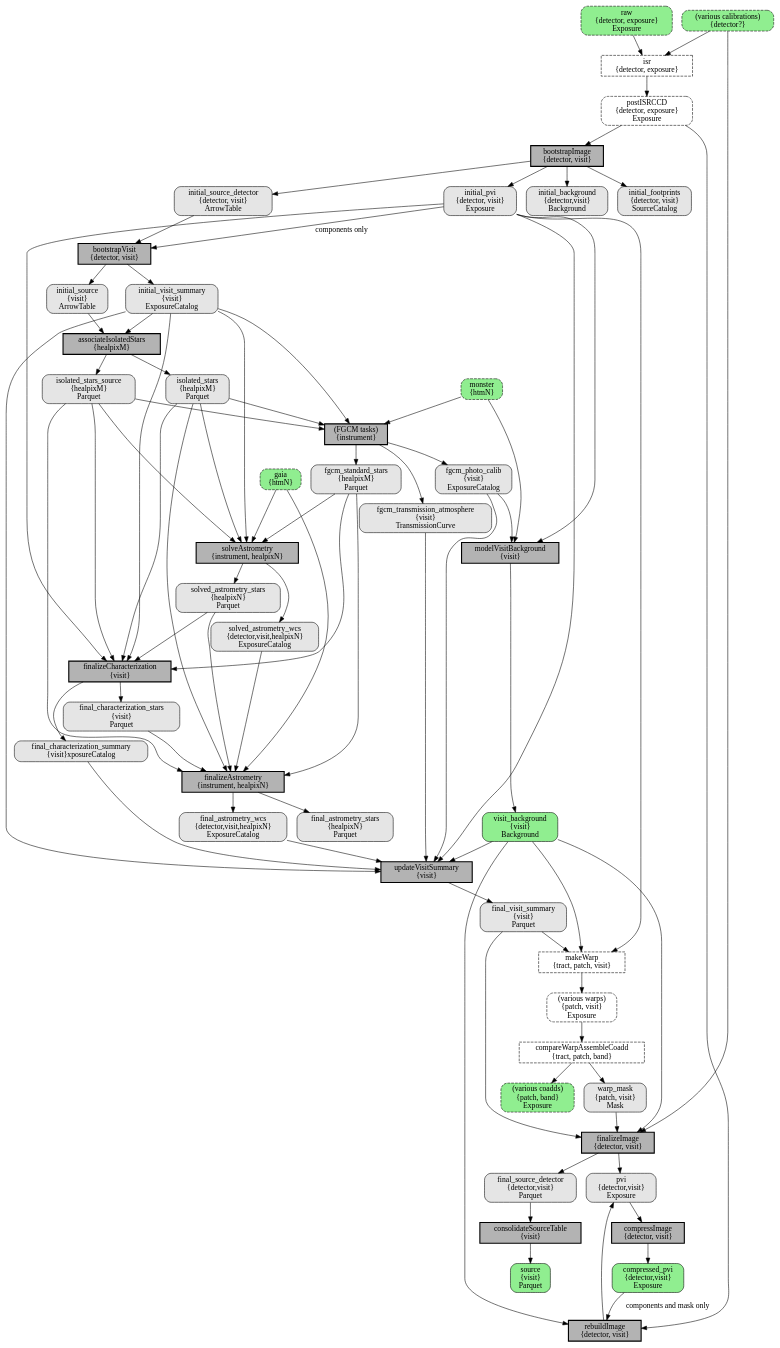
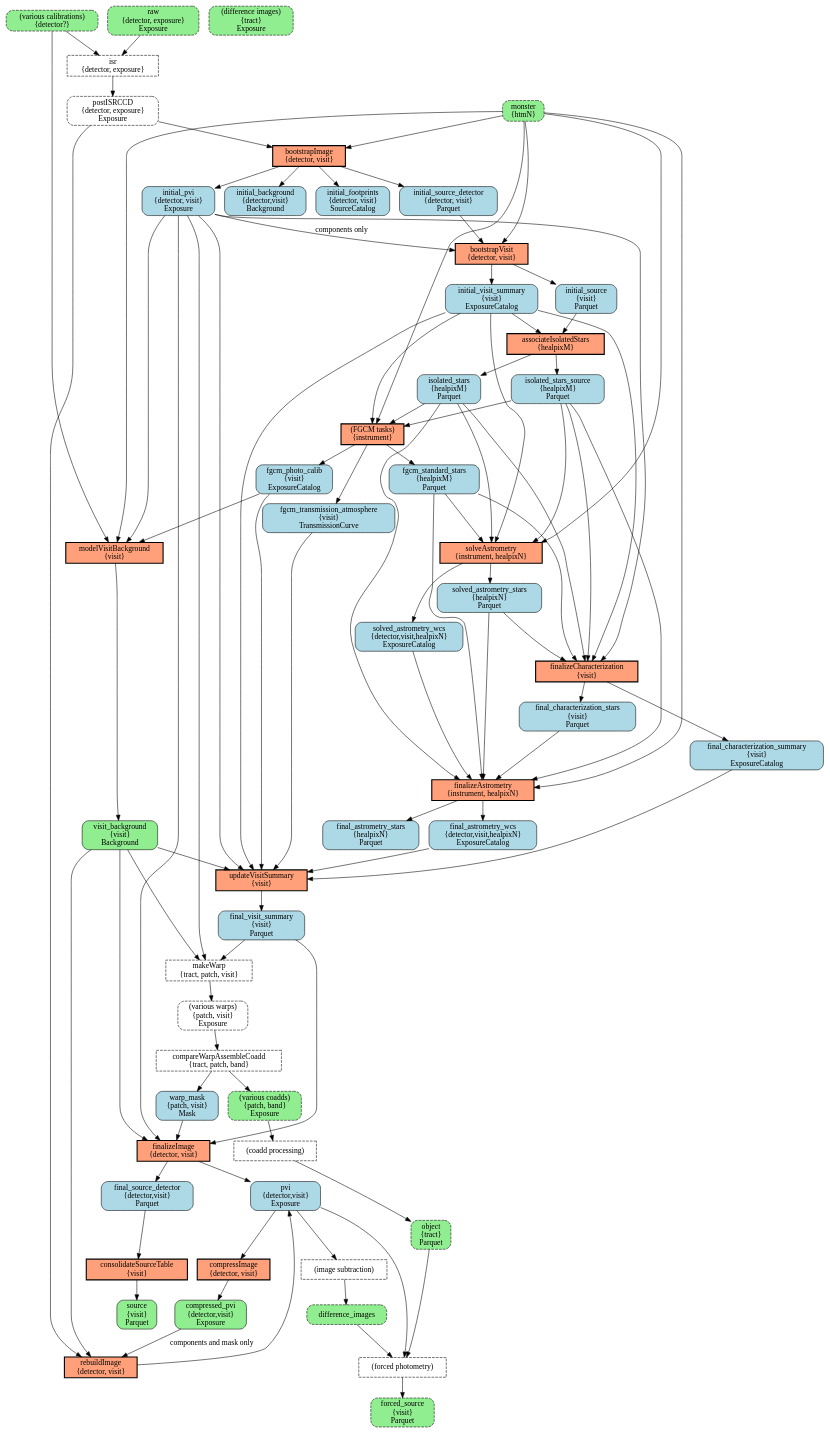
Before and after one commit to lsst-dm/dmtn-172: the diagram in great-calibration-refactor.dot, drawn with Graphviz. The commit also changed 1 other file, not shown here.

```diff
--- a/great-calibration-refactor.dot
+++ b/great-calibration-refactor.dot
@@ -1,140 +1,156 @@
 digraph the_original {
     # TODO: merge finalizeCharacterization and updateVisitSummary?
     # PipelineTasks
     node [shape=box,style="dashed"];
     isr [label="isr\n{detector, exposure}"];
     makeWarp [label="makeWarp\n{tract, patch, visit}"];
     compareWarpAssembleCoadd [label="compareWarpAssembleCoadd\n{tract, patch, band}"];
-    node [shape=box,style="filled,bold",fillcolor="gray70"];
+    processCoadds [label="(coadd processing)"];
+    subtractImages [label="(image subtraction)"];
+    forcedPhot [label="(forced photometry)"];
+    node [shape=box,style="filled,bold",fillcolor="lightsalmon"];
     bootstrapImage [label="bootstrapImage\n{detector, visit}"];
     bootstrapVisit [label="bootstrapVisit\n{detector, visit}"];
     associateIsolatedStars [label="associateIsolatedStars\n{healpixM}"];
     solveAstrometry [label="solveAstrometry\n{instrument, healpixN}"];
     fgcm [label="(FGCM tasks)\n{instrument}"];
     modelVisitBackground [label="modelVisitBackground\n{visit}"];
     finalizeCharacterization [label="finalizeCharacterization\n{visit}"];
     finalizeAstrometry [label="finalizeAstrometry\n{instrument, healpixN}"];
     updateVisitSummary [label="updateVisitSummary\n{visit}"];
     finalizeImage [label="finalizeImage\n{detector, visit}"];
     rebuildImage [label="rebuildImage\n{detector, visit}"];
     consolidateSourceTable [label="consolidateSourceTable\n{visit}"];
     compressImage [label="compressImage\n{detector, visit}"];
     # DatasetTypes
-    node [style="rounded,dashed", fillcolor="gray20"];
+    node [style="rounded,dashed", fillcolor="grey20"];
     postISRCCD [label="postISRCCD\n{detector, exposure}\nExposure"];
     warps [label="(various warps)\n{patch, visit}\nExposure"];
-    node [style="rounded,filled", fillcolor="gray90"];
+    node [style="rounded,filled", fillcolor="lightblue"];
     initial_pvi [label="initial_pvi\n{detector, visit}\nExposure"];
     initial_background [label="initial_background\n{detector,visit}\nBackground"];
-    initial_source_detector [label="initial_source_detector\n{detector, visit}\nArrowTable"];
+    initial_source_detector [label="initial_source_detector\n{detector, visit}\nParquet"];
     initial_footprints [label="initial_footprints\n{detector, visit}\nSourceCatalog"];
     initial_visit_summary [label="initial_visit_summary\n{visit}\nExposureCatalog"];
-    initial_source [label="initial_source\n{visit}\nArrowTable"];
+    initial_source [label="initial_source\n{visit}\nParquet"];
     isolated_stars_source [label="isolated_stars_source\n{healpixM}\nParquet"];
     isolated_stars [label="isolated_stars\n{healpixM}\nParquet"];
     fgcm_photo_calib [label="fgcm_photo_calib\n{visit}\nExposureCatalog"];
     fgcm_transmission_atmosphere [label="fgcm_transmission_atmosphere\n{visit}\nTransmissionCurve"];
     fgcm_standard_stars [label="fgcm_standard_stars\n{healpixM}\nParquet"];
     solved_astrometry_wcs [label="solved_astrometry_wcs\n{detector,visit,healpixN}\nExposureCatalog"];
     solved_astrometry_stars [label="solved_astrometry_stars\n{healpixN}\nParquet"];
-    final_characterization_summary [label="final_characterization_summary\n{visit}\ExposureCatalog"];
+    final_characterization_summary [label="final_characterization_summary\n{visit}\nExposureCatalog"];
     final_characterization_stars [label="final_characterization_stars\n{visit}\nParquet"];
     final_astrometry_wcs [label="final_astrometry_wcs\n{detector,visit,healpixN}\nExposureCatalog"];
     final_astrometry_stars [label="final_astrometry_stars\n{healpixN}\nParquet"];
     final_visit_summary [label="final_visit_summary\n{visit}\nParquet"];
     warp_mask [label="warp_mask\n{patch, visit}\nMask"];
     pvi [label="pvi\n{detector,visit}\nExposure"];
     final_source_detector [label="final_source_detector\n{detector,visit}\nParquet"];
     node [style="rounded,filled", fillcolor="lightgreen"];
     visit_background [label="visit_background\n{visit}\nBackground"];
     source [label="source\n{visit}\nParquet"];
     compressed_pvi [label="compressed_pvi\n{detector,visit}\nExposure"];
     pvi [label="pvi\n{detector,visit}\nExposure"];
     node [style="rounded,dashed,filled", fillcolor="lightgreen"];
     raw [label="raw\n{detector, exposure}\nExposure"];
     calibs [label="(various calibrations)\n{detector?}"];
     coadds [label="(various coadds)\n{patch, band}\nExposure"];
-    gaia [label="gaia\n{htmN}"];
     monster [label="monster\n{htmN}"];
+    object [label="object\n{tract}\nParquet"];
+    difference_image [label="(difference images)\n{tract}\nExposure"];
+    forced_source [label="forced_source\n{visit}\nParquet"];
     # Connections.
     calibs -> isr;
     raw -> isr;
     isr -> postISRCCD;
     postISRCCD -> bootstrapImage;
+    monster -> bootstrapImage;
     bootstrapImage -> initial_pvi;
     bootstrapImage -> initial_background;
     bootstrapImage -> initial_source_detector;
     bootstrapImage -> initial_footprints;
     initial_pvi -> bootstrapVisit [label="components only"];
     initial_source_detector -> bootstrapVisit;
+    monster -> bootstrapVisit;
     bootstrapVisit -> initial_visit_summary;
     bootstrapVisit -> initial_source;
     initial_source -> associateIsolatedStars;
     initial_visit_summary -> associateIsolatedStars;
     associateIsolatedStars -> isolated_stars_source;
     associateIsolatedStars -> isolated_stars;
     initial_visit_summary -> fgcm;
     isolated_stars -> fgcm;
     isolated_stars_source -> fgcm;
     monster -> fgcm;
     fgcm -> fgcm_photo_calib;
     fgcm -> fgcm_transmission_atmosphere;
     fgcm -> fgcm_standard_stars;
     initial_visit_summary -> solveAstrometry;
     isolated_stars -> solveAstrometry;
     isolated_stars_source -> solveAstrometry;
-    gaia -> solveAstrometry;
+    monster -> solveAstrometry;
     fgcm_standard_stars -> solveAstrometry;
     solveAstrometry -> solved_astrometry_stars;
     solveAstrometry -> solved_astrometry_wcs;
     initial_pvi -> modelVisitBackground;
     fgcm_photo_calib -> modelVisitBackground;
     monster -> modelVisitBackground;
+    calibs -> modelVisitBackground;
     modelVisitBackground -> visit_background;
     initial_pvi -> finalizeCharacterization;
     initial_visit_summary -> finalizeCharacterization;
     isolated_stars -> finalizeCharacterization;
     isolated_stars_source -> finalizeCharacterization;
     fgcm_standard_stars -> finalizeCharacterization;
     solved_astrometry_stars -> finalizeCharacterization;
     finalizeCharacterization -> final_characterization_summary;
     finalizeCharacterization -> final_characterization_stars;
     solved_astrometry_stars -> finalizeAstrometry;
     solved_astrometry_wcs -> finalizeAstrometry;
     final_characterization_stars -> finalizeAstrometry;
     isolated_stars -> finalizeAstrometry;
     isolated_stars_source -> finalizeAstrometry;
-    gaia -> finalizeAstrometry;
+    monster -> finalizeAstrometry;
     fgcm_standard_stars -> finalizeAstrometry;
     finalizeAstrometry -> final_astrometry_stars;
     finalizeAstrometry -> final_astrometry_wcs;
     initial_visit_summary -> updateVisitSummary;
     initial_pvi -> updateVisitSummary;
     final_characterization_summary -> updateVisitSummary;
     final_astrometry_wcs -> updateVisitSummary;
     fgcm_photo_calib -> updateVisitSummary;
     visit_background -> updateVisitSummary;
     fgcm_transmission_atmosphere -> updateVisitSummary;
     updateVisitSummary -> final_visit_summary;
     initial_pvi -> makeWarp;
     visit_background -> makeWarp;
     final_visit_summary -> makeWarp;
     makeWarp -> warps;
     warps -> compareWarpAssembleCoadd;
     compareWarpAssembleCoadd -> coadds;
     compareWarpAssembleCoadd -> warp_mask;
+    initial_pvi -> finalizeImage;
     warp_mask -> finalizeImage;
     final_visit_summary -> finalizeImage;
     visit_background -> finalizeImage;
-    calibs -> finalizeImage;
     finalizeImage -> pvi;
     finalizeImage -> final_source_detector;
     visit_background -> rebuildImage;
     compressed_pvi -> rebuildImage [label="components and mask only"];
     postISRCCD -> rebuildImage;
     rebuildImage -> pvi;
     final_source_detector -> consolidateSourceTable;
     consolidateSourceTable -> source;
     pvi -> compressImage;
     compressImage -> compressed_pvi;
+    coadds -> processCoadds;
+    processCoadds -> object
+    pvi -> subtractImages;
+    subtractImages -> difference_images;
+    difference_images -> forcedPhot;
+    pvi -> forcedPhot;
+    object -> forcedPhot;
+    forcedPhot -> forced_source;
 }
```
